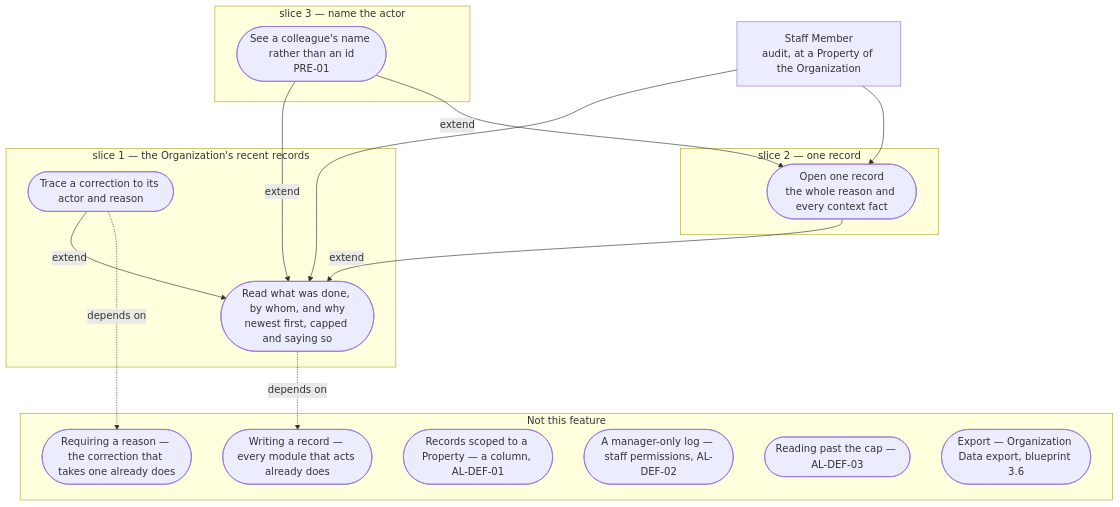
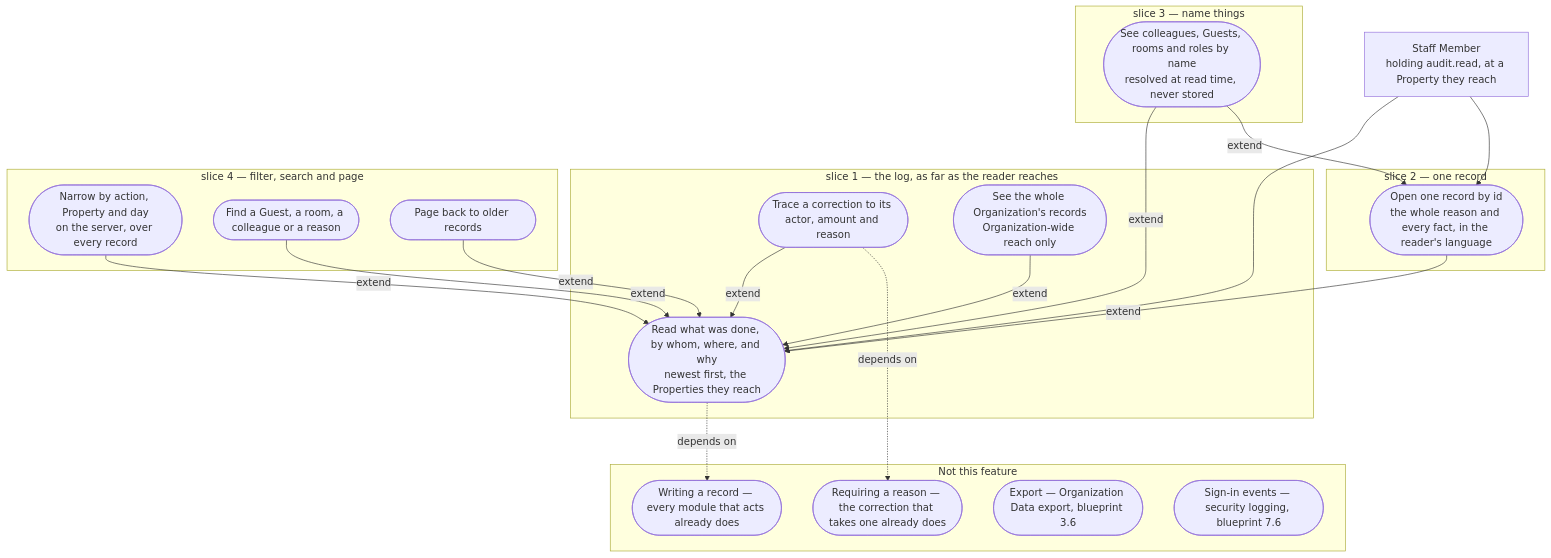
Before and after one commit to prizic/ranza: the diagram in docs/features/audit-log/use-case.mmd, drawn with Mermaid. The commit also changed 49 other files, not shown here.

```diff
--- a/docs/features/audit-log/use-case.mmd
+++ b/docs/features/audit-log/use-case.mmd
@@ -1,49 +1,58 @@
 %% Slices decide implementation order and nothing else:
-%%   s1 the Organization's recent records   s2 one record   s3 name the actor
+%%   s1 the log, as far as the reader reaches   s2 one record   s3 name things
+%%   s4 filter, search and page (ADR 0031)
 %% A flowchart rather than usecase-beta: see .claude/skills/feature-design/SKILL.md step b.
 %% UML directions: include points base --> included. extend points extension --> base.
 %% Refusals are test cases, not use cases: they are rows in edge-cases.csv.
 %% The one state is in states.mmd and is deliberately not repeated here.
 flowchart TD
 
-  SM["Staff Member<br/>audit, at a Property of the Organization"]
+  SM["Staff Member<br/>holding audit.read, at a Property they reach"]
 
-  subgraph S1["slice 1 &mdash; the Organization's recent records"]
-    LIST(["Read what was done, by whom, and why<br/>newest first, capped and saying so"])
-    TRACE(["Trace a correction to its actor and reason"])
+  subgraph S1["slice 1 &mdash; the log, as far as the reader reaches"]
+    LIST(["Read what was done, by whom, where, and why<br/>newest first, the Properties they reach"])
+    TRACE(["Trace a correction to its actor, amount and reason"])
+    WHOLE(["See the whole Organization's records<br/>Organization-wide reach only"])
   end
 
   subgraph S2["slice 2 &mdash; one record"]
-    ONE(["Open one record<br/>the whole reason and every context fact"])
+    ONE(["Open one record by id<br/>the whole reason and every fact, in the reader's language"])
   end
 
-  subgraph S3["slice 3 &mdash; name the actor"]
-    NAME(["See a colleague's name rather than an id<br/>PRE-01"])
+  subgraph S3["slice 3 &mdash; name things"]
+    NAME(["See colleagues, Guests, rooms and roles by name<br/>resolved at read time, never stored"])
+  end
+
+  subgraph S4["slice 4 &mdash; filter, search and page"]
+    FILTER(["Narrow by action, Property and day<br/>on the server, over every record"])
+    SEARCH(["Find a Guest, a room, a colleague or a reason"])
+    PAGE(["Page back to older records"])
   end
 
   subgraph OUT["Not this feature"]
     WRITE(["Writing a record &mdash; every module that acts already does"])
     REASON(["Requiring a reason &mdash; the correction that takes one already does"])
-    PROP(["Records scoped to a Property &mdash; a column, AL-DEF-01"])
-    ROLE(["A manager-only log &mdash; staff permissions, AL-DEF-02"])
-    PAGE(["Reading past the cap &mdash; AL-DEF-03"])
     EXPORT(["Export &mdash; Organization Data export, blueprint 3.6"])
+    SIGNIN(["Sign-in events &mdash; security logging, blueprint 7.6"])
   end
 
   TRACE -- "extend" --> LIST
+  WHOLE -- "extend" --> LIST
   ONE -- "extend" --> LIST
   NAME -- "extend" --> LIST
   NAME -- "extend" --> ONE
+  FILTER -- "extend" --> LIST
+  SEARCH -- "extend" --> LIST
+  PAGE -- "extend" --> LIST
 
   SM --> LIST
   SM --> ONE
 
   LIST -. "depends on" .-> WRITE
   TRACE -. "depends on" .-> REASON
 
-  %% OPEN: who may open the log. Today: every Staff Member assigned to a Property
-  %% where `audit` is enabled sees the whole Organization's records, which is no
-  %% wider than the policy already allows. Whether it is a manager surface is
-  %% AL-DEF-02.
+  %% DECIDED (ADR 0031): who may open the log is the audit.read permission —
+  %% Owner and Manager by default, any role an Organization composes with it —
+  %% and nothing commercial, because audit is a baseline right (blueprint 3.6).
   %% OPEN: where it sits in the rail. Blueprint 4.6 lists no Audit destination;
   %% it is drawn as its own destination because 3.6 makes audit a baseline right.
```
